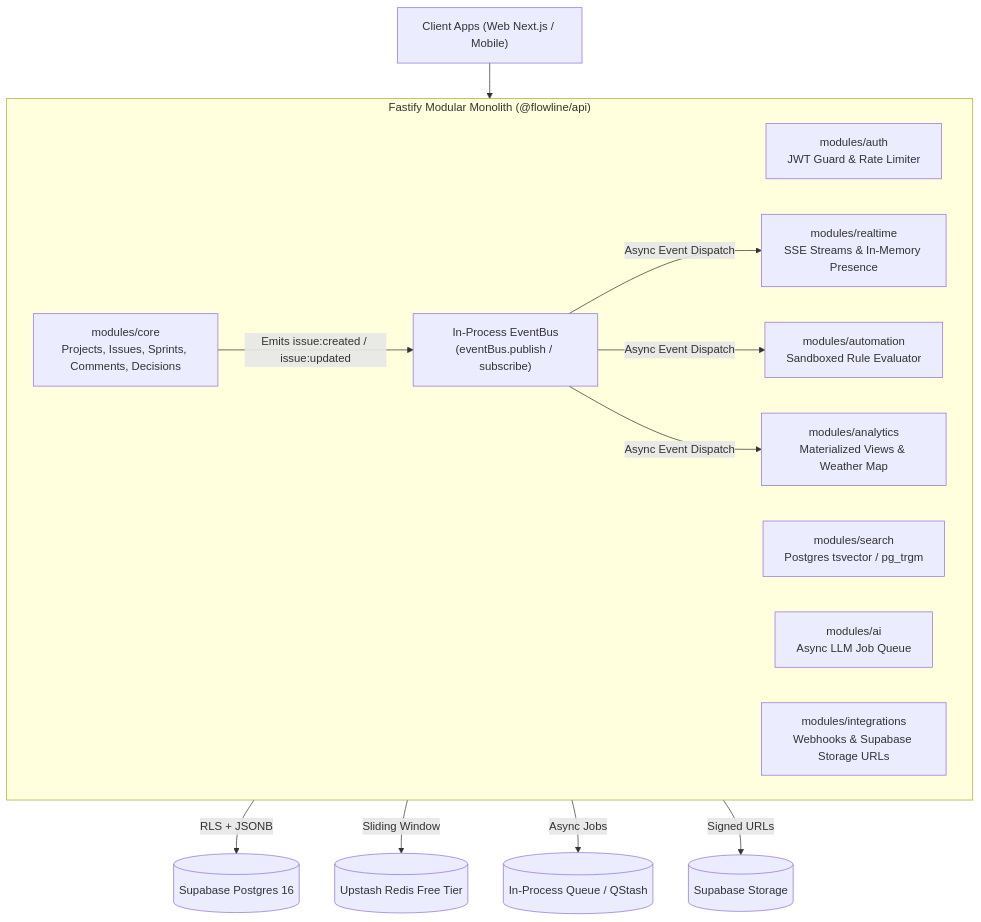
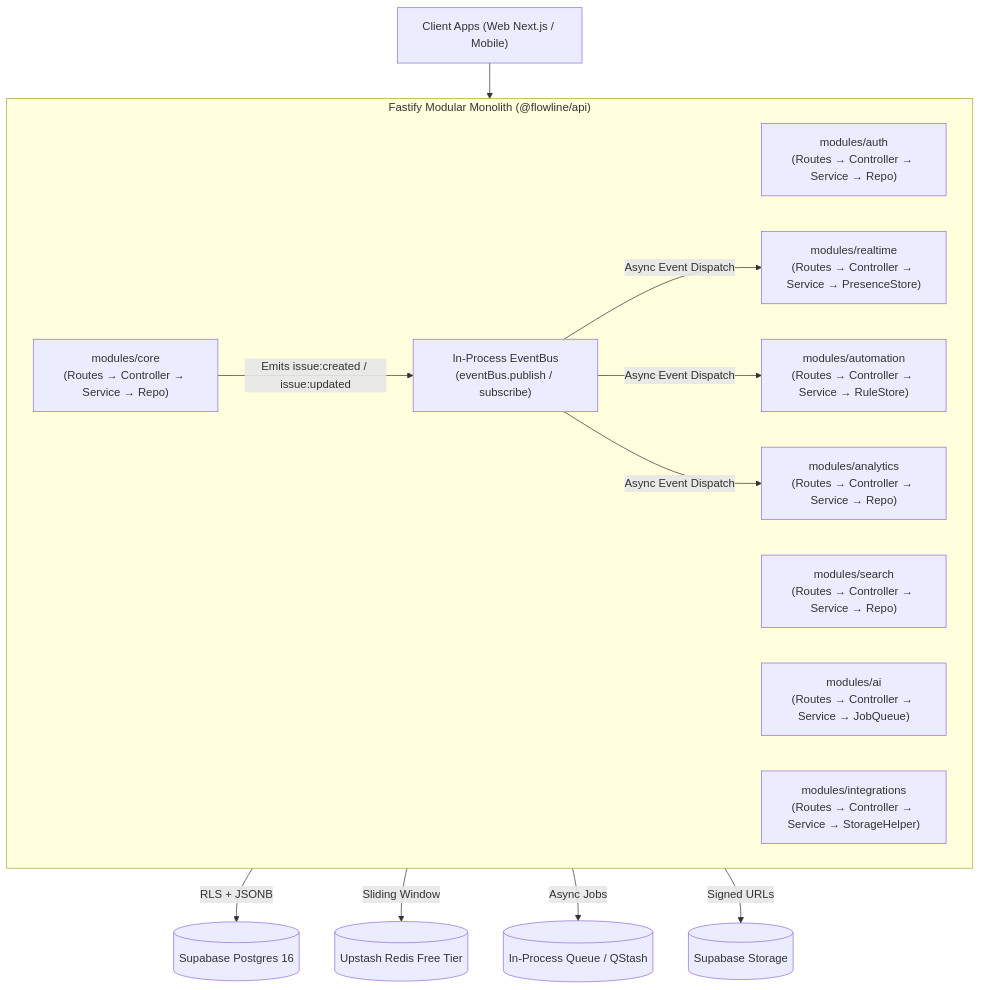
Before and after one commit to anirban-629/uniqueprojmang: the diagram in docs/architecture/backend-architecture.md, drawn with Mermaid. The commit also changed other lines of this file and 81 other files, not shown here.

````diff
--- a/docs/architecture/backend-architecture.md
+++ b/docs/architecture/backend-architecture.md
@@ -49,27 +155,27 @@
 ```mermaid
 flowchart TD
     Client["Client Apps (Web Next.js / Mobile)"] --> API["Fastify Modular Monolith (Port 4000)"]
     
     subgraph API["Fastify Modular Monolith (@flowline/api)"]
-        Auth["modules/auth<br/>JWT Guard & Rate Limiter"]
-        Core["modules/core<br/>Projects, Issues, Sprints, Comments, Decisions"]
-        Search["modules/search<br/>Postgres tsvector / pg_trgm"]
-        Realtime["modules/realtime<br/>SSE Streams & In-Memory Presence"]
-        Auto["modules/automation<br/>Sandboxed Rule Evaluator"]
-        AI["modules/ai<br/>Async LLM Job Queue"]
-        Integrations["modules/integrations<br/>Webhooks & Supabase Storage URLs"]
-        Analytics["modules/analytics<br/>Materialized Views & Weather Map"]
+        Auth["modules/auth<br/>(Routes → Controller → Service → Repo)"]
+        Core["modules/core<br/>(Routes → Controller → Service → Repo)"]
+        Search["modules/search<br/>(Routes → Controller → Service → Repo)"]
+        Realtime["modules/realtime<br/>(Routes → Controller → Service → PresenceStore)"]
+        Auto["modules/automation<br/>(Routes → Controller → Service → RuleStore)"]
+        AI["modules/ai<br/>(Routes → Controller → Service → JobQueue)"]
+        Integrations["modules/integrations<br/>(Routes → Controller → Service → StorageHelper)"]
+        Analytics["modules/analytics<br/>(Routes → Controller → Service → Repo)"]
         
         EventBus["In-Process EventBus<br/>(eventBus.publish / subscribe)"]
     end
 
     Core -->|Emits issue:created / issue:updated| EventBus
     EventBus -->|Async Event Dispatch| Realtime
     EventBus -->|Async Event Dispatch| Auto
     EventBus -->|Async Event Dispatch| Analytics
 
     API -->|RLS + JSONB| DB[(Supabase Postgres 16)]
     API -->|Sliding Window| Cache[(Upstash Redis Free Tier)]
     API -->|Async Jobs| Queue[(In-Process Queue / QStash)]
     API -->|Signed URLs| Storage[(Supabase Storage)]
 ```
````
